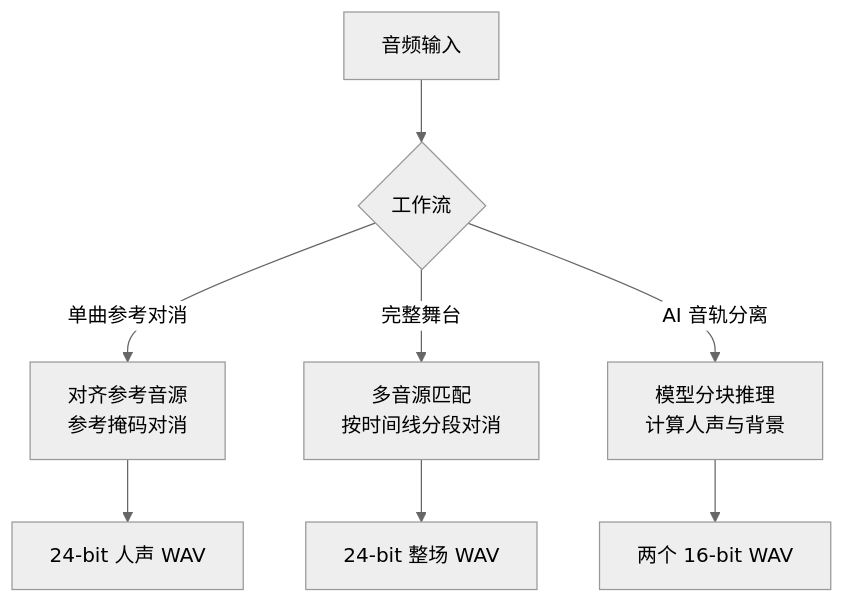
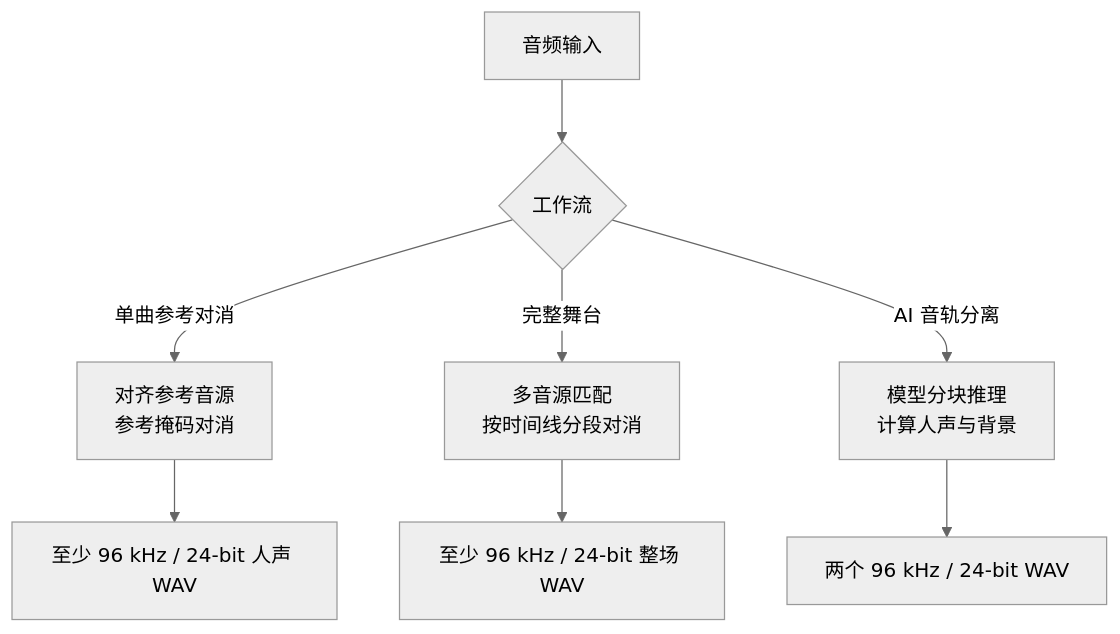
One commit to ChouChiu/Purivox changed the third of 3 diagrams in docs/architecture.md. Above: the diagram before and after it, drawn with Mermaid (neutral theme). The commit also changed other lines of this file and 12 other files, not shown here.

````diff
--- a/docs/architecture.md
+++ b/docs/architecture.md
@@ -90,10 +90,10 @@
 ```mermaid
 flowchart TB
     input["音频输入"] --> choice{"工作流"}
     choice -->|单曲参考对消| mr["对齐参考音源<br/>参考掩码对消"]
     choice -->|完整舞台| stage["多音源匹配<br/>按时间线分段对消"]
     choice -->|AI 音轨分离| ai["模型分块推理<br/>计算人声与背景"]
-    mr --> mrout["24-bit 人声 WAV"]
-    stage --> stageout["24-bit 整场 WAV"]
-    ai --> aiout["两个 16-bit WAV"]
+    mr --> mrout["至少 96 kHz / 24-bit 人声 WAV"]
+    stage --> stageout["至少 96 kHz / 24-bit 整场 WAV"]
+    ai --> aiout["两个 96 kHz / 24-bit WAV"]
 ```
````
